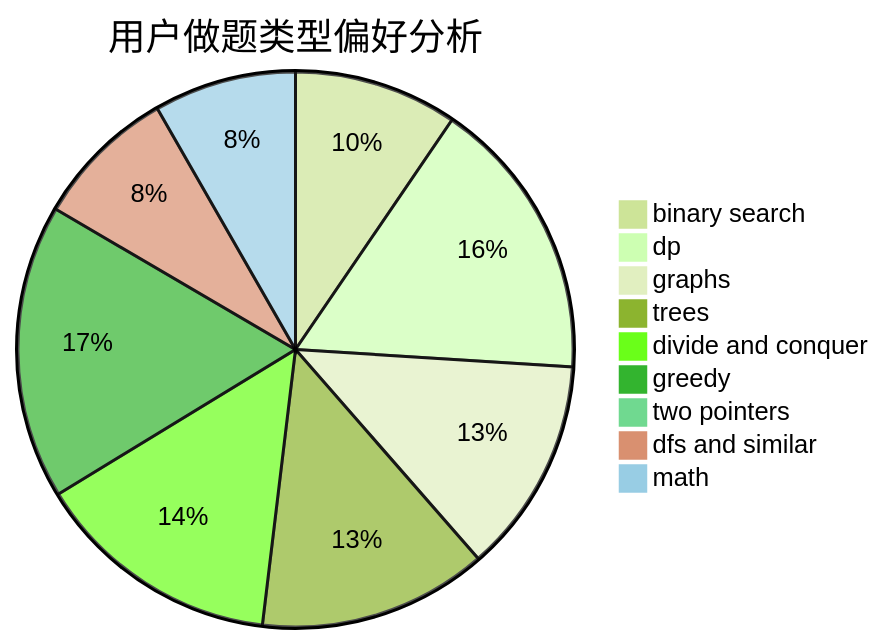
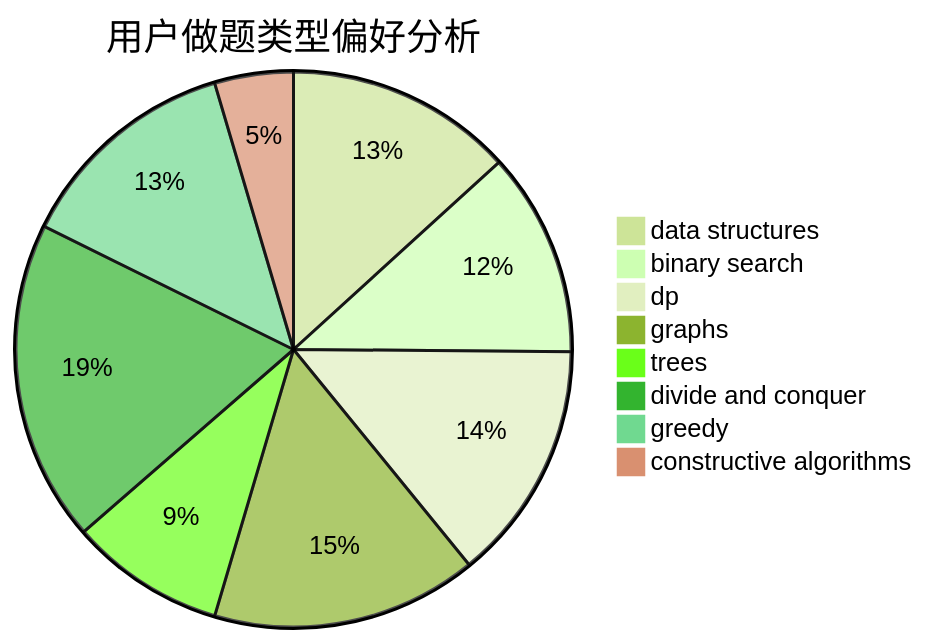
One commit to sherpahu/cfrs.github.io changed the second of 3 diagrams in docs/user/u716.md. Above: the diagram before and after it, drawn with Mermaid (forest theme). The commit also changed other lines of this file and 2775 other files, not shown here.

````diff
--- a/docs/user/u716.md
+++ b/docs/user/u716.md
@@ -23,12 +23,11 @@
 ```mermaid
 pie title 用户做题类型偏好分析
-    "binary search" :  100
-    "dp" :  173
-    "graphs" :  132
-    "trees" :  140
+    "data structures" :  107
+    "binary search" :  96
+    "dp" :  113
+    "graphs" :  125
+    "trees" :  73
     "divide and conquer" :  151
-    "greedy" :  180
-    "two pointers" :  0
-    "dfs and similar" :  87
-    "math" :  87
+    "greedy" :  106
+    "constructive algorithms" :  37
 ```
````
